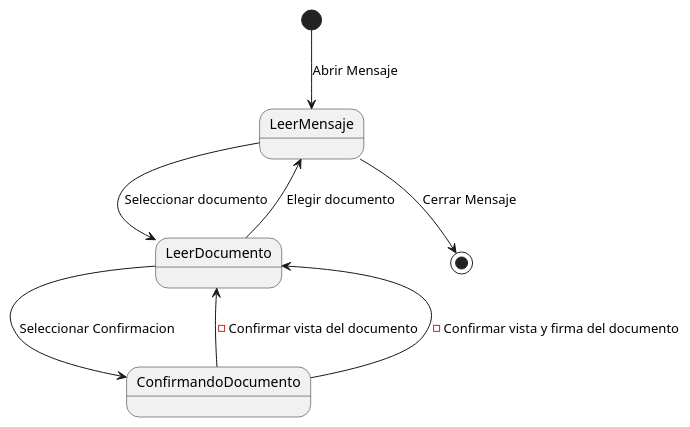
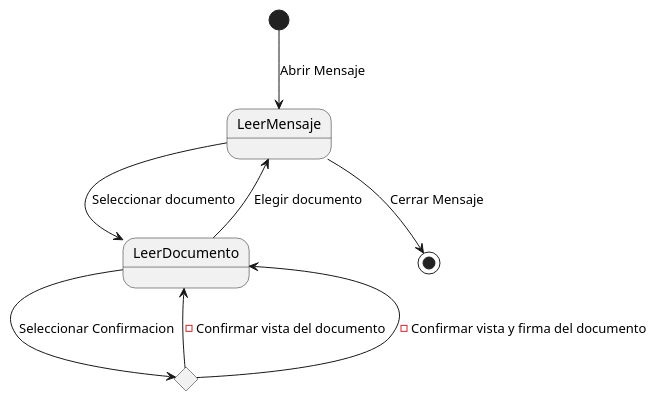
The diagram in docs/modeloDeDominio/diagramaDeEstados/Primera Iteración/diagramaDeEstadosReceptorIteracion1.puml (mmasias/24-25-IdSw1-SDR), drawn with PlantUML before and after one commit.

Commit message:
fix: Refactor state diagram for receptor confirmation flow

```diff
--- a/docs/modeloDeDominio/diagramaDeEstados/Primera Iteración/diagramaDeEstadosReceptorIteracion1.puml
+++ b/docs/modeloDeDominio/diagramaDeEstados/Primera Iteración/diagramaDeEstadosReceptorIteracion1.puml
@@ -1,17 +1,18 @@
 @startuml diagramaDeEstados
 
 [*] --> LeerMensaje: Abrir Mensaje
 
 LeerMensaje --> LeerDocumento: Seleccionar documento
 
-LeerDocumento --> ConfirmandoDocumento : Seleccionar Confirmacion
 
-state ConfirmandoDocumento <<choice>> {
-    ConfirmandoDocumento --> LeerDocumento: - Confirmar vista del documento
-    ConfirmandoDocumento --> LeerDocumento: - Confirmar vista y firma del documento
-}
+state confirmandoDocumento <<choice>> 
+confirmandoDocumento --> LeerDocumento: - Confirmar vista del documento
+confirmandoDocumento --> LeerDocumento: - Confirmar vista y firma del documento
+
+LeerDocumento --> confirmandoDocumento : Seleccionar Confirmacion
 
 LeerDocumento --> LeerMensaje : Elegir documento
 
 LeerMensaje --> [*]: Cerrar Mensaje
+
 @enduml
```
